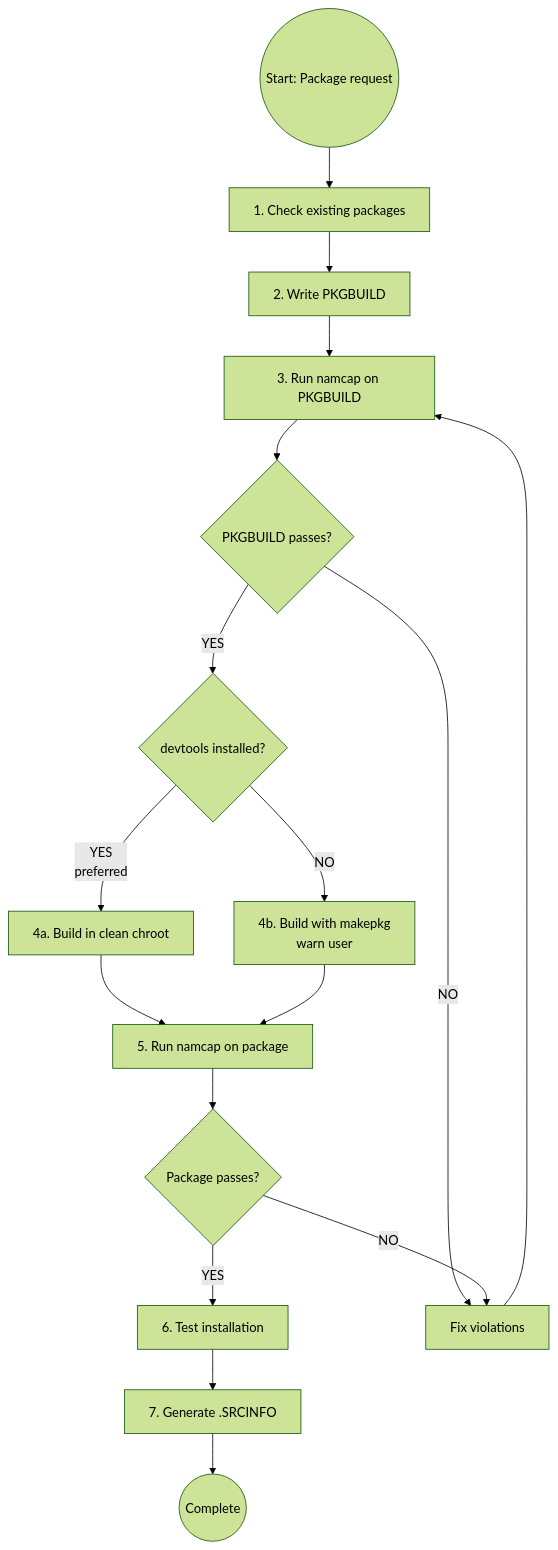
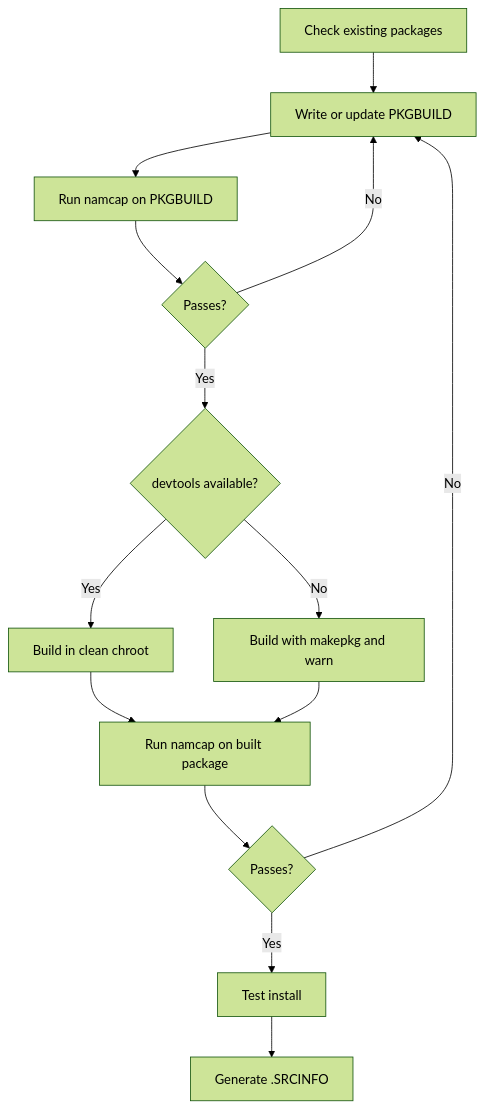
One commit to SteamedFish/dotfiles changed the diagram in .config/agents/skills/archlinux-pkgbuild/SKILL.md. Above: the diagram before and after it, drawn with Mermaid (forest theme). The commit also changed other lines of this file and 18 other files, not shown here.

````diff
--- a/.config/agents/skills/archlinux-pkgbuild/SKILL.md
+++ b/.config/agents/skills/archlinux-pkgbuild/SKILL.md
@@ -33,34 +37,16 @@
 ```mermaid
 flowchart TD
-    Start((Start: Package request))
-    Step1[1. Check existing packages]
-    Step2[2. Write PKGBUILD]
-    Step3[3. Run namcap on PKGBUILD]
-    Q1{PKGBUILD passes?}
-    Q2{devtools installed?}
-    Step4a[4a. Build in clean chroot]
-    Step4b[4b. Build with makepkg<br/>warn user]
-    Step5[5. Run namcap on package]
-    Q3{Package passes?}
-    Step6[6. Test installation]
-    Step7[7. Generate .SRCINFO]
-    Complete((Complete))
-    Fix[Fix violations]
-    
-    Start --> Step1
-    Step1 --> Step2
-    Step2 --> Step3
-    Step3 --> Q1
-    Q1 -->|NO| Fix
-    Fix --> Step3
-    Q1 -->|YES| Q2
-    Q2 -->|YES<br/>preferred| Step4a
-    Q2 -->|NO| Step4b
-    Step4a --> Step5
-    Step4b --> Step5
-    Step5 --> Q3
-    Q3 -->|NO| Fix
-    Q3 -->|YES| Step6
-    Step6 --> Step7
-    Step7 --> Complete
+    A[Check existing packages] --> B[Write or update PKGBUILD]
+    B --> C[Run namcap on PKGBUILD]
+    C --> D{Passes?}
+    D -->|No| B
+    D -->|Yes| E{devtools available?}
+    E -->|Yes| F[Build in clean chroot]
+    E -->|No| G[Build with makepkg and warn]
+    F --> H[Run namcap on built package]
+    G --> H
+    H --> I{Passes?}
+    I -->|No| B
+    I -->|Yes| J[Test install]
+    J --> K[Generate .SRCINFO]
 ```
````
